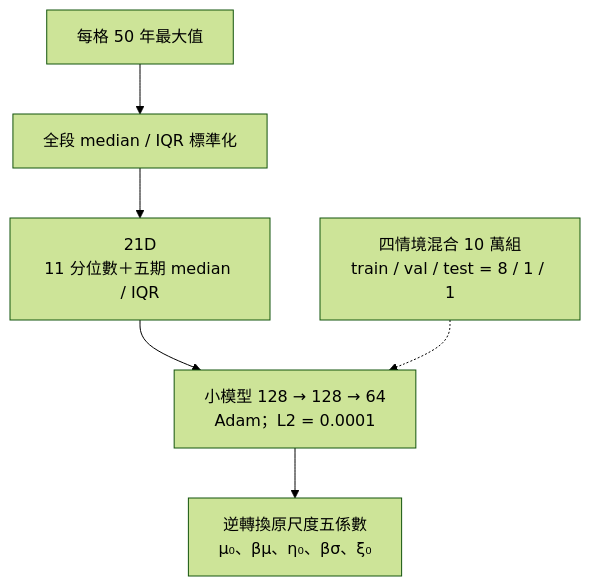
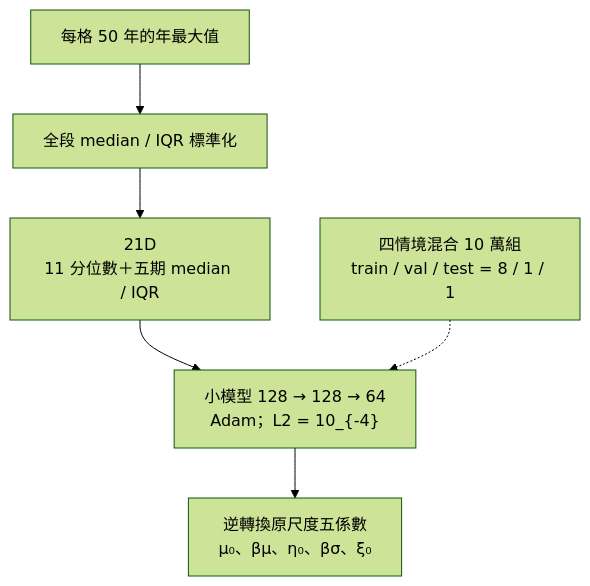
One commit to shu-ming0808/gev-use-nn changed the second of 5 diagrams in README.md. Above: the diagram before and after it, drawn with Mermaid (forest theme). The commit also changed other lines of this file and 12 other files, not shown here.

```diff
--- a/README.md
+++ b/README.md
@@ -103,8 +131,8 @@
 ~~~mermaid
 flowchart TD
-    A["每格 50 年最大值"] --> B["全段 median / IQR 標準化"]
+    A["每格 50 年的年最大值"] --> B["全段 median / IQR 標準化"]
     B --> C["21D<br/>11 分位數＋五期 median / IQR"]
-    C --> D["小模型 128 → 128 → 64<br/>Adam；L2 = 0.0001"]
+    C --> D["小模型 128 → 128 → 64<br/>Adam；L2 = 10_{-4}"]
     S["四情境混合 10 萬組<br/>train / val / test = 8 / 1 / 1"] -.-> D
     D --> E["逆轉換原尺度五係數<br/>μ₀、βμ、η₀、βσ、ξ₀"]
 ~~~
```
